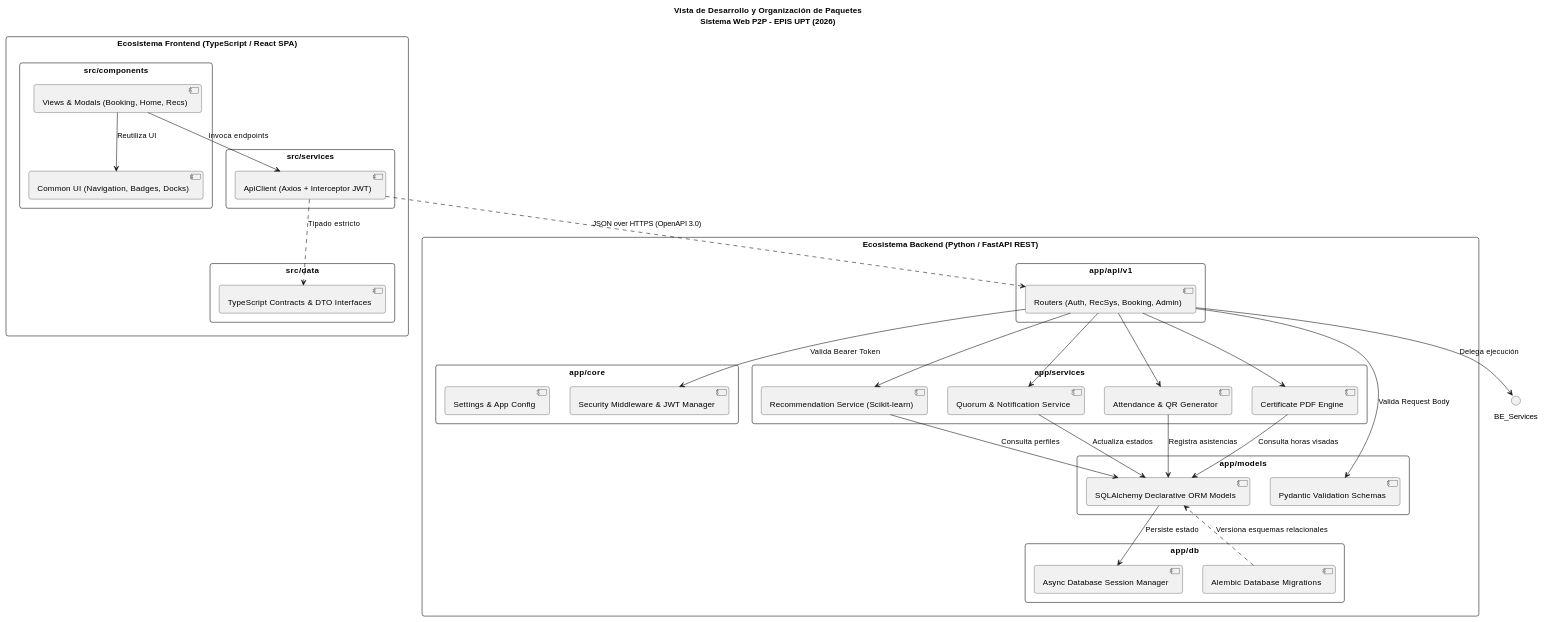
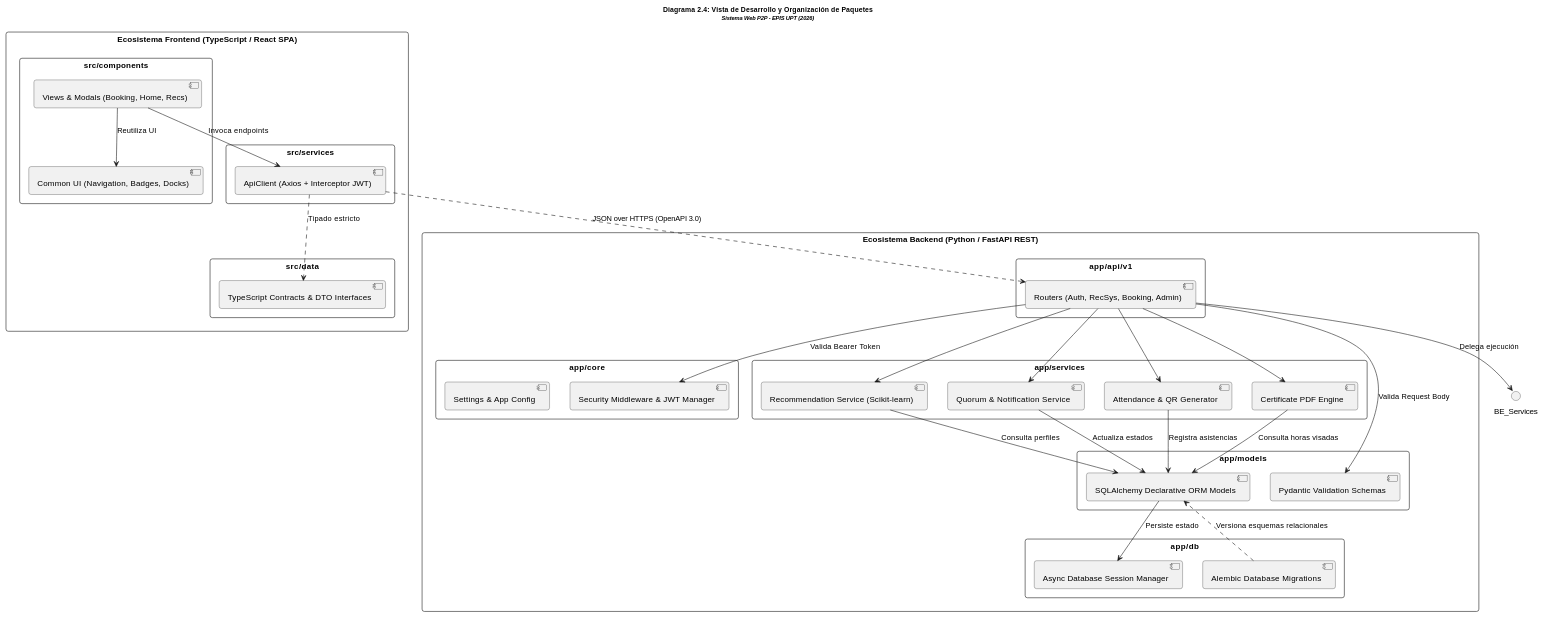
Before and after one commit to JMedina255/sistema_web_p2p: the fourth of 12 diagrams in docs/FD04-EPIS-Informe SAD de Proyecto.md, drawn with PlantUML. The commit also changed other lines of this file and 3 other files, not shown here.

Commit message:
docs: refactorizar diagramas_de_secuencia.md con estandar formal SAD de analisis ECB y titulos explictos en PlantUML

````diff
--- a/docs/FD04-EPIS-Informe SAD de Proyecto.md
+++ b/docs/FD04-EPIS-Informe SAD de Proyecto.md
@@ -427,73 +427,73 @@
 ```plantuml
 @startuml
-title Vista de Desarrollo y Organización de Paquetes\nSistema Web P2P - EPIS UPT (2026)
+title <size:12><b>Diagrama 2.4: Vista de Desarrollo y Organización de Paquetes</b></size>\n<size:10><i>Sistema Web P2P - EPIS UPT (2026)</i></size>
 
 skinparam packageStyle rectangle
 skinparam shadowing false
 skinparam roundcorner 8
 skinparam defaultFontName Arial
 skinparam fontSize 10
 
 package "Ecosistema Frontend (TypeScript / React SPA)" {
     package "src/components" {
         [Views & Modals (Booking, Home, Recs)] as FE_Views
         [Common UI (Navigation, Badges, Docks)] as FE_Common
     }
     package "src/services" {
         [ApiClient (Axios + Interceptor JWT)] as FE_Api
     }
     package "src/data" {
         [TypeScript Contracts & DTO Interfaces] as FE_Types
     }
 }
 
 package "Ecosistema Backend (Python / FastAPI REST)" {
     package "app/api/v1" {
         [Routers (Auth, RecSys, Booking, Admin)] as BE_Routers
     }
     package "app/core" {
         [Security Middleware & JWT Manager] as BE_Security
         [Settings & App Config] as BE_Config
     }
     package "app/services" {
         [Recommendation Service (Scikit-learn)] as BE_RecSys
         [Quorum & Notification Service] as BE_Quorum
         [Attendance & QR Generator] as BE_QR
         [Certificate PDF Engine] as BE_Certs
     }
     package "app/models" {
         [Pydantic Validation Schemas] as BE_Schemas
         [SQLAlchemy Declarative ORM Models] as BE_ORM
     }
     package "app/db" {
         [Alembic Database Migrations] as BE_Migrations
         [Async Database Session Manager] as BE_Session
     }
 }
 
 ' Dependencias de Frontend
 FE_Views --> FE_Api : Invoca endpoints
 FE_Views --> FE_Common : Reutiliza UI
 FE_Api ..> FE_Types : Tipado estricto
 
 ' Interoperabilidad mediante Contrato REST
 FE_Api ..> BE_Routers : JSON over HTTPS (OpenAPI 3.0)
 
 ' Dependencias de Backend
 BE_Routers --> BE_Security : Valida Bearer Token
 BE_Routers --> BE_Schemas : Valida Request Body
 BE_Routers --> BE_Services : Delega ejecución
 BE_Routers --> BE_RecSys
 BE_Routers --> BE_Quorum
 BE_Routers --> BE_QR
 BE_Routers --> BE_Certs
 
 BE_RecSys --> BE_ORM : Consulta perfiles
 BE_Quorum --> BE_ORM : Actualiza estados
 BE_QR --> BE_ORM : Registra asistencias
 BE_Certs --> BE_ORM : Consulta horas visadas
 
 BE_ORM --> BE_Session : Persiste estado
 BE_Migrations ..> BE_ORM : Versiona esquemas relacionales
 @enduml
 ```
````
